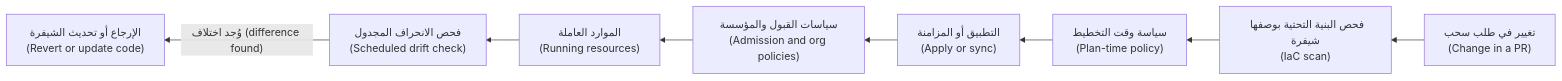
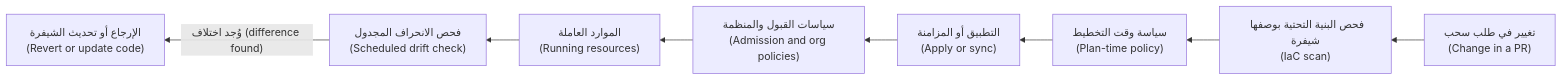
One commit to Tamoura/system-design-for-vibe-coders changed the third of 3 diagrams in cloud/modules/03-iac.ar.md. Above: the diagram before and after it, drawn with Mermaid. The commit also changed other lines of this file and 335 other files, not shown here.

````diff
--- a/cloud/modules/03-iac.ar.md
+++ b/cloud/modules/03-iac.ar.md
@@ -630,10 +630,10 @@
 ```mermaid
 flowchart RL
     A["تغيير في طلب سحب<br/>(Change in a PR)"] --> B["فحص البنية التحتية بوصفها شيفرة<br/>(IaC scan)"]
     B --> C["سياسة وقت التخطيط<br/>(Plan-time policy)"]
     C --> D["التطبيق أو المزامنة<br/>(Apply or sync)"]
-    D --> E["سياسات القبول والمؤسسة<br/>(Admission and org policies)"]
+    D --> E["سياسات القبول والمنظمة<br/>(Admission and org policies)"]
     E --> F["الموارد العاملة<br/>(Running resources)"]
     F --> G["فحص الانحراف المجدول<br/>(Scheduled drift check)"]
     G -->|"وُجد اختلاف (difference found)"| H["الإرجاع أو تحديث الشيفرة<br/>(Revert or update code)"]
 ```
````
